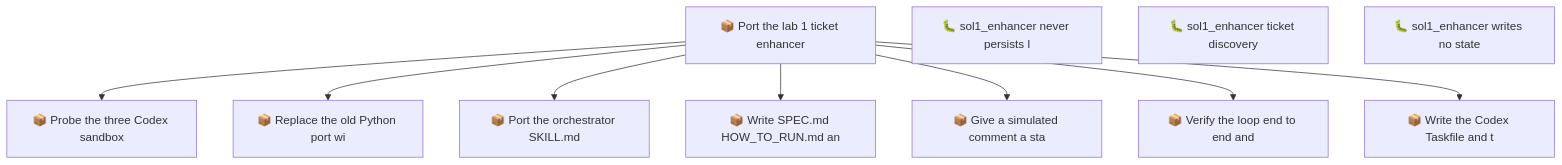
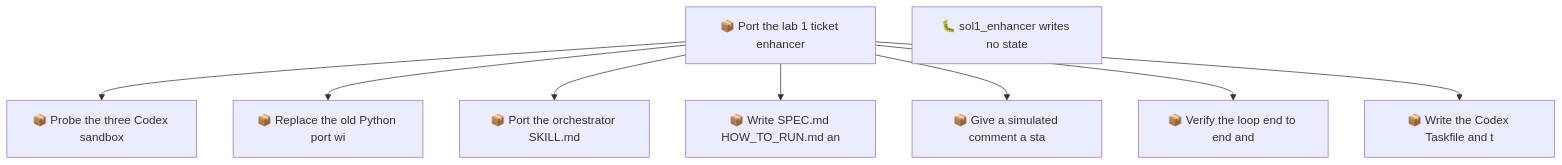
The second of 2 diagrams in docs/roadmap.md (RichardHightower/reliable-agentic-lab), drawn with Mermaid before and after one commit. The commit also changed other lines of this file and 2 other files, not shown here.

````diff
--- a/docs/roadmap.md
+++ b/docs/roadmap.md
@@ -80,21 +76,19 @@
 ```mermaid
 graph TD
     01M1217WSS22TWYCM42N3N6E9W["📦 Port the lab 1 ticket enhancer"]
     01M1217WT9586S4PHZFXV2RZQQ["📦 Probe the three Codex sandbox"]
     01M1217WT9NYGSJ2B43G3YE7FW["📦 Replace the old Python port wi"]
     01M1217WT9X3FMDT5YYM9D0E4B["📦 Port the orchestrator SKILL.md"]
     01M1217WTA3WFB7X29CF69BMJ5["📦 Write SPEC.md HOW_TO_RUN.md an"]
     01M1217WTAEM5W96N68WVN3CVS["📦 Give a simulated comment a sta"]
     01M1217WTAK4MAAXX3P7279H54["📦 Verify the loop end to end and"]
     01M1217WTAPT5AVHK27NAJJPMY["📦 Write the Codex Taskfile and t"]
-    01M1218DG6NDRH9ZEZJKZGN1ZE["🐛 sol1_enhancer never persists l"]
-    01M1218M5NYXMND79G5E0H4WBK["🐛 sol1_enhancer ticket discovery"]
     01M124T0411AFGE306A00T17X3["🐛 sol1_enhancer writes no state"]
     01M1217WSS22TWYCM42N3N6E9W --> 01M1217WT9586S4PHZFXV2RZQQ
     01M1217WSS22TWYCM42N3N6E9W --> 01M1217WT9NYGSJ2B43G3YE7FW
     01M1217WSS22TWYCM42N3N6E9W --> 01M1217WT9X3FMDT5YYM9D0E4B
     01M1217WSS22TWYCM42N3N6E9W --> 01M1217WTA3WFB7X29CF69BMJ5
     01M1217WSS22TWYCM42N3N6E9W --> 01M1217WTAEM5W96N68WVN3CVS
     01M1217WSS22TWYCM42N3N6E9W --> 01M1217WTAK4MAAXX3P7279H54
     01M1217WSS22TWYCM42N3N6E9W --> 01M1217WTAPT5AVHK27NAJJPMY
 ```
````
